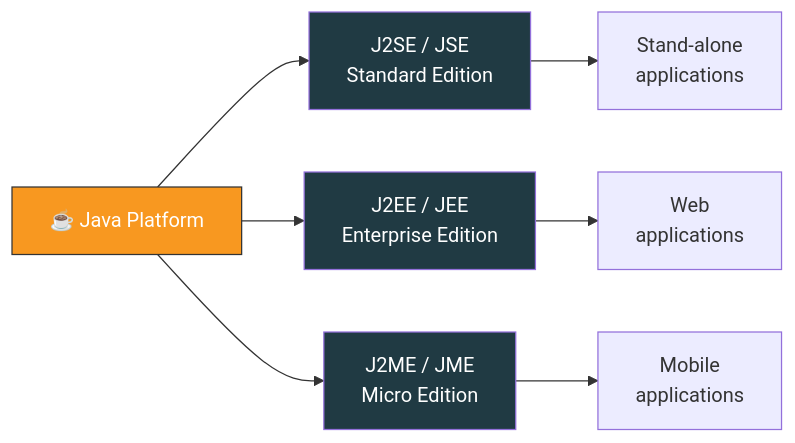
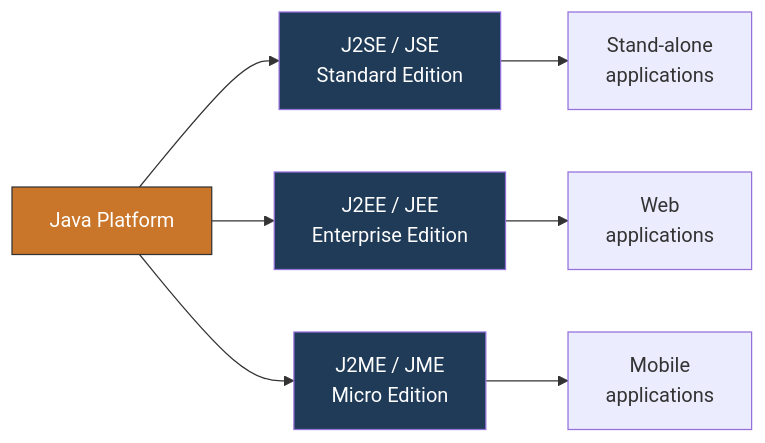
Before and after one commit to kundankumarsharma56/Leaning-Java: the first of 2 diagrams in src/Theory/01-Java-Introduction-and-Setup/01-Java-Introduction.md, drawn with Mermaid. The commit also changed other lines of this file and 84 other files, not shown here.

````diff
--- a/src/Theory/01-Java-Introduction-and-Setup/01-Java-Introduction.md
+++ b/src/Theory/01-Java-Introduction-and-Setup/01-Java-Introduction.md
@@ -30,13 +30,13 @@
 ```mermaid
 flowchart LR
-    J["☕ Java Platform"] --> SE["J2SE / JSE<br/>Standard Edition"]
+    J["Java Platform"] --> SE["J2SE / JSE<br/>Standard Edition"]
     J --> EE["J2EE / JEE<br/>Enterprise Edition"]
     J --> ME["J2ME / JME<br/>Micro Edition"]
     SE --> A1["Stand-alone<br/>applications"]
     EE --> A2["Web<br/>applications"]
     ME --> A3["Mobile<br/>applications"]
-    style J fill:#f89820,stroke:#333,color:#fff
-    style SE fill:#203a43,color:#fff
-    style EE fill:#203a43,color:#fff
-    style ME fill:#203a43,color:#fff
+    style J fill:#c9762a,stroke:#333,color:#fff
+    style SE fill:#1f3b57,color:#fff
+    style EE fill:#1f3b57,color:#fff
+    style ME fill:#1f3b57,color:#fff
 ```
````
